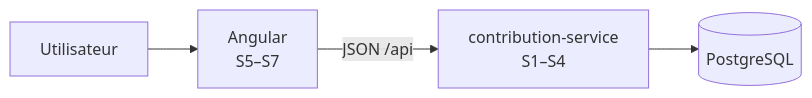
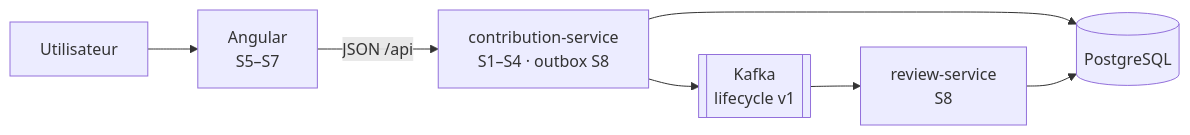
The diagram in design/README.md (hfWalid/ACD-kata), drawn with Mermaid before and after one commit. The commit also changed other lines of this file and 74 other files, not shown here.

````diff
--- a/design/README.md
+++ b/design/README.md
@@ -21,6 +22,9 @@
 ```mermaid
 flowchart LR
   U["Utilisateur"] --> W["Angular<br/>S5–S7"]
-  W -->|"JSON /api"| S["contribution-service<br/>S1–S4"]
-  S --> DB[("PostgreSQL")]
+  W -->|"JSON /api"| C["contribution-service<br/>S1–S4 · outbox S8"]
+  C --> DB[("PostgreSQL")]
+  C --> K[["Kafka<br/>lifecycle v1"]]
+  K --> R["review-service<br/>S8"]
+  R --> DB
 ```
````
